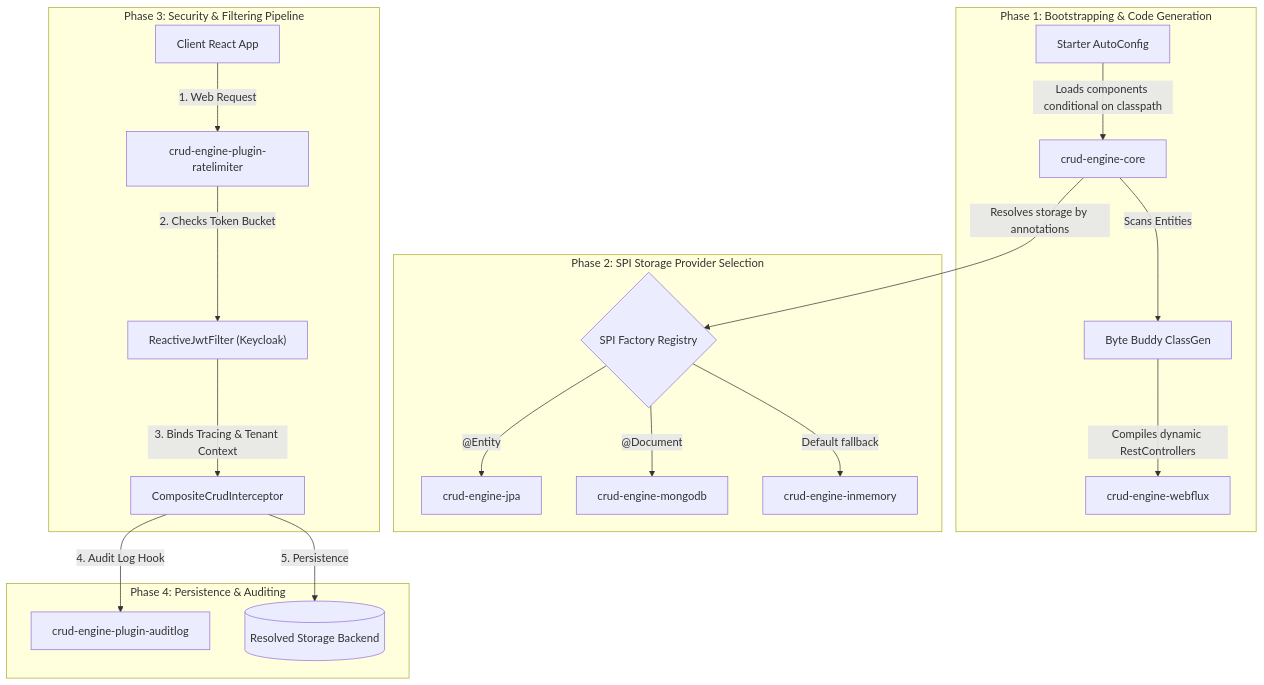
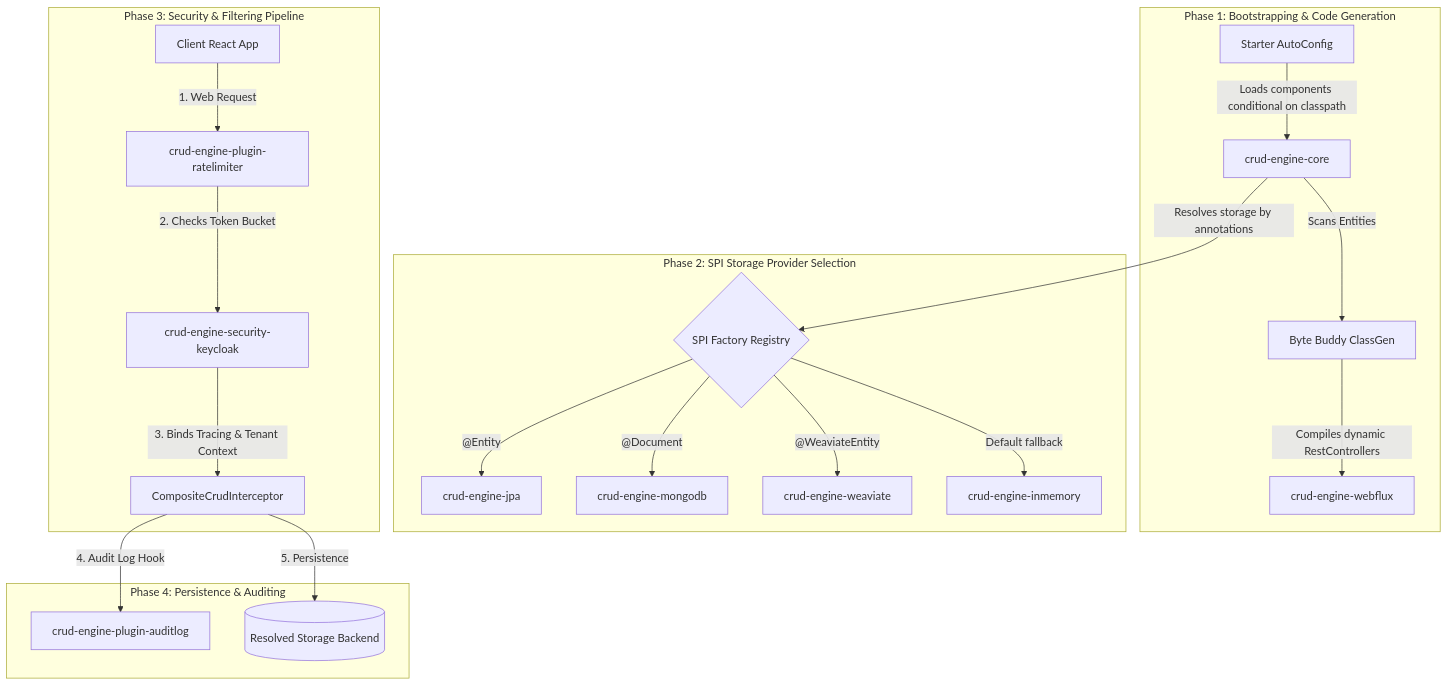
Before and after one commit to 7-3-N-3-7/CRUD-Engine-API: the diagram in README.md, drawn with Mermaid. The commit also changed other lines of this file and 1 other file, not shown here.

Commit message:
docs: update README and SETUP to v4.0 — document Weaviate vector database module, security-keycloak module, and updated architecture

````diff
--- a/README.md
+++ b/README.md
@@ -53,26 +55,27 @@
 ```mermaid
 graph TD
     subgraph SetupPhase ["Phase 1: Bootstrapping & Code Generation"]
         Starter["Starter AutoConfig"] -->|"Loads components conditional on classpath"| Core["crud-engine-core"]
         Core -->|"Scans Entities"| BB["Byte Buddy ClassGen"]
         BB -->|"Compiles dynamic RestControllers"| Webflux["crud-engine-webflux"]
     end
 
     subgraph StorageResolution ["Phase 2: SPI Storage Provider Selection"]
         Core -->|"Resolves storage by annotations"| SPI{"SPI Factory Registry"}
         SPI -->|"@Entity"| JPA["crud-engine-jpa"]
         SPI -->|"@Document"| Mongo["crud-engine-mongodb"]
+        SPI -->|"@WeaviateEntity"| Weaviate["crud-engine-weaviate"]
         SPI -->|"Default fallback"| InMemory["crud-engine-inmemory"]
     end
 
     subgraph Authentication ["Phase 3: Security & Filtering Pipeline"]
         Client["Client React App"] -->|"1. Web Request"| Limit["crud-engine-plugin-ratelimiter"]
-        Limit -->|"2. Checks Token Bucket"| Filter["ReactiveJwtFilter (Keycloak)"]
+        Limit -->|"2. Checks Token Bucket"| Filter["crud-engine-security-keycloak"]
         Filter -->|"3. Binds Tracing & Tenant Context"| Interceptor["CompositeCrudInterceptor"]
     end
 
     subgraph Execution ["Phase 4: Persistence & Auditing"]
         Interceptor -->|"4. Audit Log Hook"| Audit["crud-engine-plugin-auditlog"]
         Interceptor -->|"5. Persistence"| ResolvedStorage[("Resolved Storage Backend")]
     end
 ```
````
